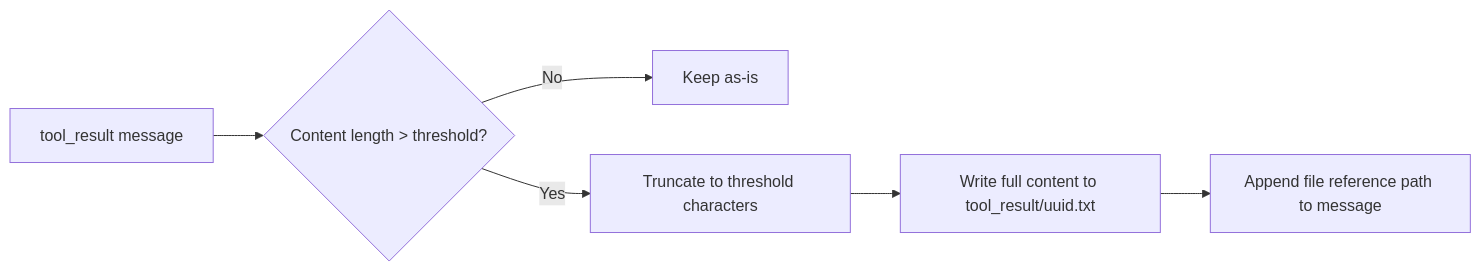
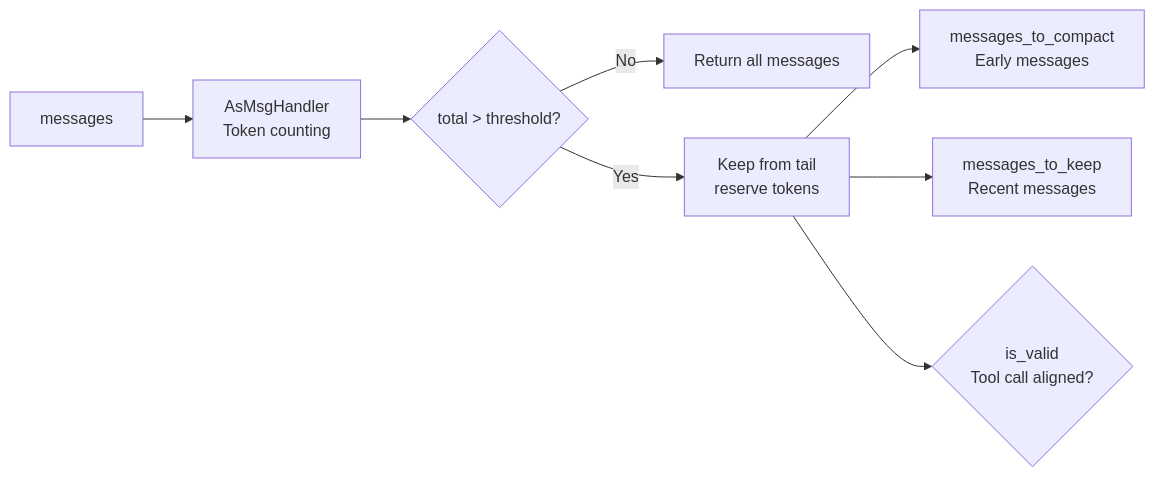
One commit to agentscope-ai/ReMe changed the second of 9 diagrams in README.md. Above: the diagram before and after it, drawn with Mermaid. The commit also changed other lines of this file and 1 other file, not shown here.

Commit message:
docs(readme): update documentation with improved architecture diagrams and component details

````diff
--- a/README.md
+++ b/README.md
@@ -226,8 +201,10 @@
 ```mermaid
 graph LR
-    A[tool_result message] --> B{Content length > threshold?}
-    B -->|No| C[Keep as-is]
-    B -->|Yes| D[Truncate to threshold characters]
-    D --> E[Write full content to tool_result/uuid.txt]
-    E --> F[Append file reference path to message]
+    M[messages] --> H[AsMsgHandler<br>Token counting]
+    H --> C{total > threshold?}
+    C -->|No| K[Return all messages]
+    C -->|Yes| S[Keep from tail<br>reserve tokens]
+    S --> CP[messages_to_compact<br>Early messages]
+    S --> KP[messages_to_keep<br>Recent messages]
+    S --> V{is_valid<br>Tool call aligned?}
 ```
````
